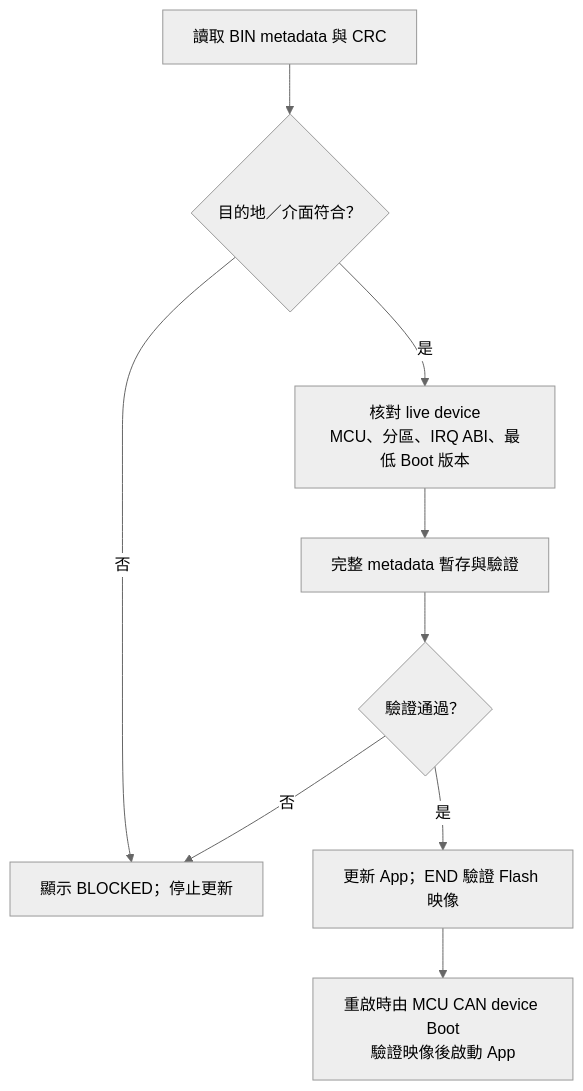
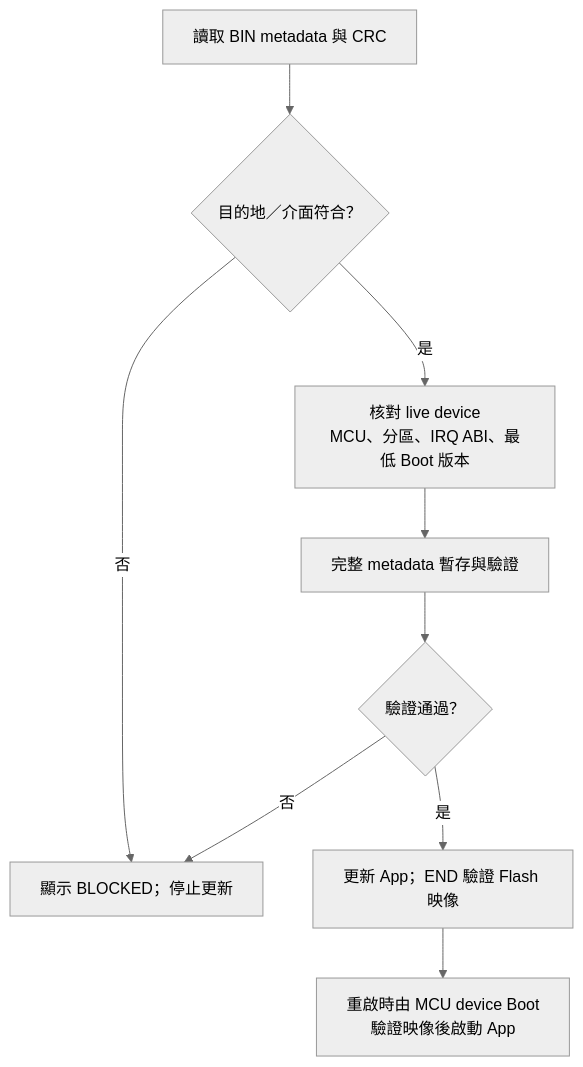
Before and after one commit to released/slide_simple_renesas_isp_tool: the second of 2 diagrams in operation.md, drawn with Mermaid (neutral theme). The commit also changed other lines of this file and 12 other files, not shown here.

````diff
--- a/operation.md
+++ b/operation.md
@@ -149,11 +156,11 @@
 ```mermaid
 flowchart TD
     BIN["讀取 BIN metadata 與 CRC"] --> ROUTE{"目的地／介面符合？"}
     ROUTE -->|否| STOP["顯示 BLOCKED；停止更新"]
     ROUTE -->|是| LIVE["核對 live device<br/>MCU、分區、IRQ ABI、最低 Boot 版本"]
     LIVE --> META["完整 metadata 暫存與驗證"]
     META --> VALID{"驗證通過？"}
     VALID -->|否| STOP
     VALID -->|是| WRITE["更新 App；END 驗證 Flash 映像"]
-    WRITE --> BOOT["重啟時由 MCU CAN device Boot<br/>驗證映像後啟動 App"]
+    WRITE --> BOOT["重啟時由 MCU device Boot<br/>驗證映像後啟動 App"]
 ```
````
